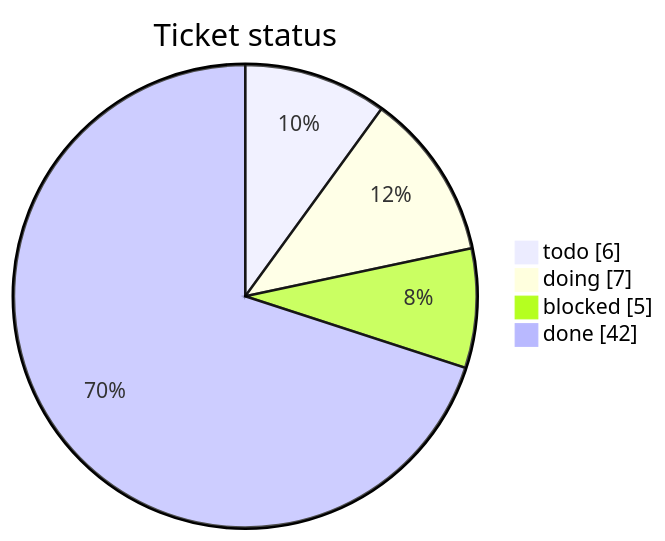
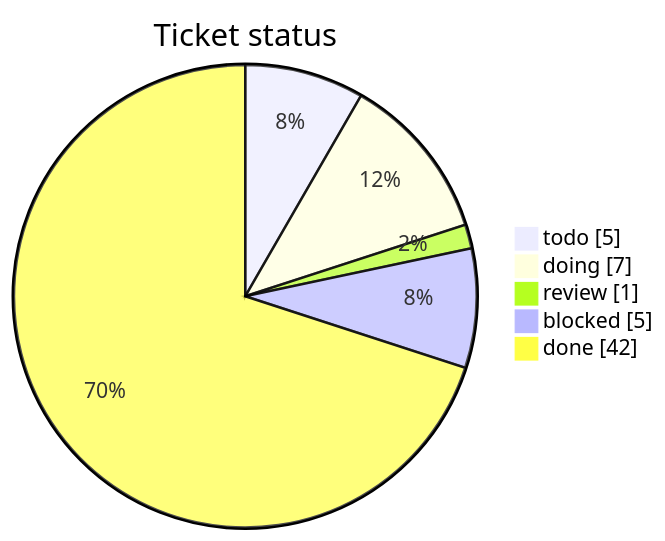
The first of 3 diagrams in tickets/TICKETS.md (mohamed-soubhi/bootlab-esp), drawn with Mermaid before and after one commit. The commit also changed other lines of this file and 26 other files, not shown here.

````diff
--- a/tickets/TICKETS.md
+++ b/tickets/TICKETS.md
@@ -15,7 +15,8 @@
 ```mermaid
 pie showData title Ticket status
-    "todo" : 6
+    "todo" : 5
     "doing" : 7
+    "review" : 1
     "blocked" : 5
     "done" : 42
 ```
````
